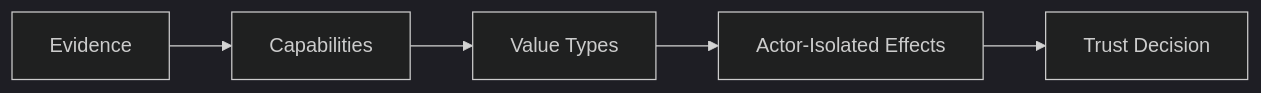
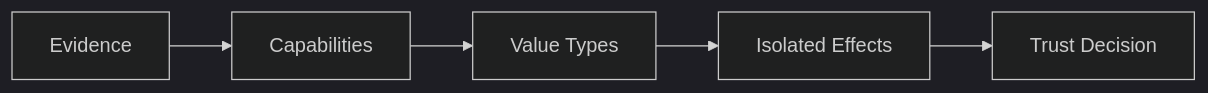
Before and after one commit to 1amageek/ans-sdk-swift: the diagram in PHILOSOPHY.md, drawn with Mermaid (dark theme). The commit also changed other lines of this file and 19 other files, not shown here.

````diff
--- a/PHILOSOPHY.md
+++ b/PHILOSOPHY.md
@@ -14,7 +14,7 @@
 ```mermaid
 flowchart LR
   Evidence["Evidence"] --> Protocols["Capabilities"]
   Protocols --> Values["Value Types"]
-  Values --> Actors["Actor-Isolated Effects"]
-  Actors --> Decision["Trust Decision"]
+  Values --> Effects["Isolated Effects"]
+  Effects --> Decision["Trust Decision"]
 ```
````
